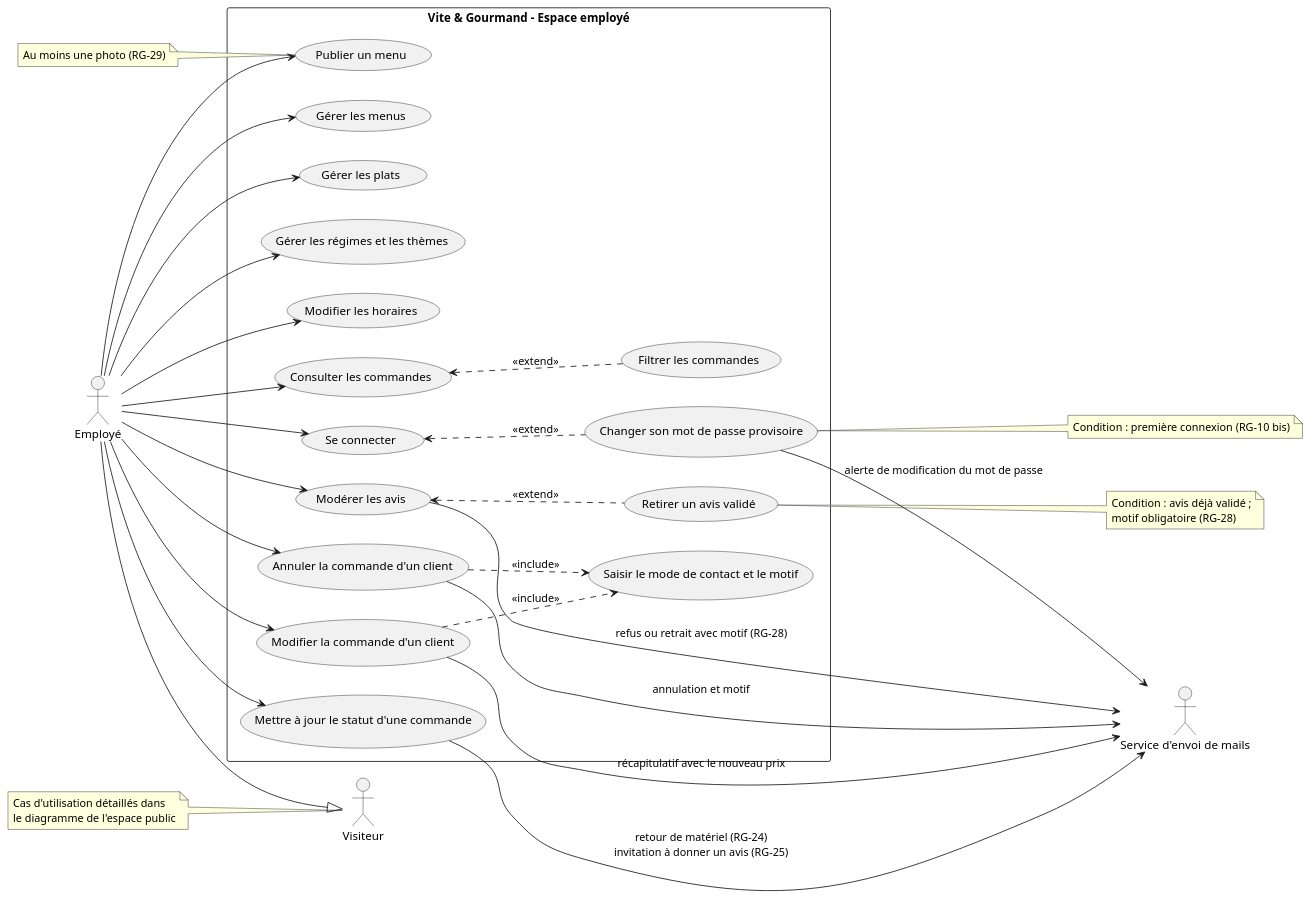
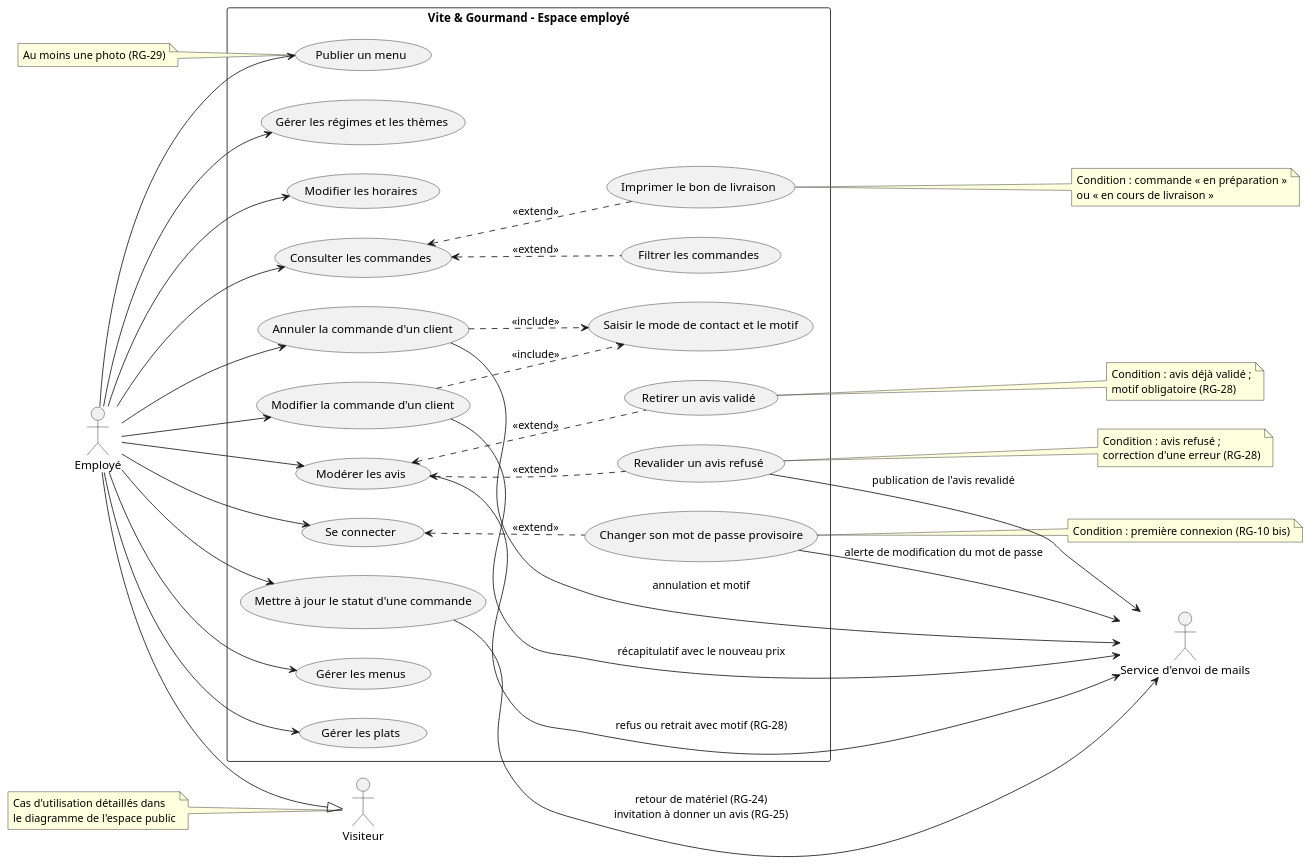
Before and after one commit to NicolasMiguelRG/vite_gourmand: the diagram in docs/diagrammes/cas-utilisation-employe.puml, drawn with PlantUML. The commit also changed 2 other files, not shown here.

Commit message:
ajout du bon de livraison et la revalidation des avis au diagramme employé

```diff
--- a/docs/diagrammes/cas-utilisation-employe.puml
+++ b/docs/diagrammes/cas-utilisation-employe.puml
@@ -1,58 +1,65 @@
 @startuml cas-utilisation-employe
 left to right direction
 
 actor Employé
 actor Visiteur
 actor "Service d'envoi de mails" as Mail
 note "Cas d'utilisation détaillés dans\nle diagramme de l'espace public" as N1
 
 rectangle "Vite & Gourmand - Espace employé" {
     usecase "Se connecter" as UC1
     usecase "Changer son mot de passe provisoire" as UC2
     usecase "Gérer les menus" as UC3
     usecase "Publier un menu" as UC13
     usecase "Gérer les plats" as UC4
     usecase "Gérer les régimes et les thèmes" as UC14
     usecase "Modifier les horaires" as UC5
     usecase "Consulter les commandes" as UC6
     usecase "Filtrer les commandes" as UC7
     usecase "Mettre à jour le statut d'une commande" as UC8
     usecase "Modifier la commande d'un client" as UC9
     usecase "Saisir le mode de contact et le motif" as UC11
     usecase "Annuler la commande d'un client" as UC10
     usecase "Modérer les avis" as UC12
     usecase "Retirer un avis validé" as UC15
+    usecase "Revalider un avis refusé" as UC16
+    usecase "Imprimer le bon de livraison" as UC17
 }
 
 note right of UC2 : Condition : première connexion (RG-10 bis)
 note left of UC13 : Au moins une photo (RG-29)
 note right of UC15 : Condition : avis déjà validé ;\nmotif obligatoire (RG-28)
+note right of UC16 : Condition : avis refusé ;\ncorrection d'une erreur (RG-28)
+note right of UC17 : Condition : commande « en préparation »\nou « en cours de livraison »
 
 N1 .. Visiteur
 Employé --> UC1
 Employé --> UC3
 Employé --> UC13
 Employé --> UC4
 Employé --> UC14
 Employé --> UC5
 Employé --> UC6
 Employé --> UC8
 Employé --> UC9
 Employé --> UC10
 Employé --> UC12
 
 UC1 <.. UC2 : <<extend>>
 UC6 <.. UC7 : <<extend>>
 UC12 <.. UC15 : <<extend>>
 UC9 ..> UC11 : <<include>>
 UC10 ..> UC11 : <<include>>
+UC12 <.. UC16 : <<extend>>
+UC6 <.. UC17 : <<extend>>
 
 UC2 --> Mail : alerte de modification du mot de passe
 UC8 --> Mail : retour de matériel (RG-24)\ninvitation à donner un avis (RG-25)
 UC9 --> Mail : récapitulatif avec le nouveau prix
 UC10 --> Mail : annulation et motif
 UC12 --> Mail : refus ou retrait avec motif (RG-28)
+UC16 --> Mail : publication de l'avis revalidé
 
 Employé --|> Visiteur
 
 @enduml
```
